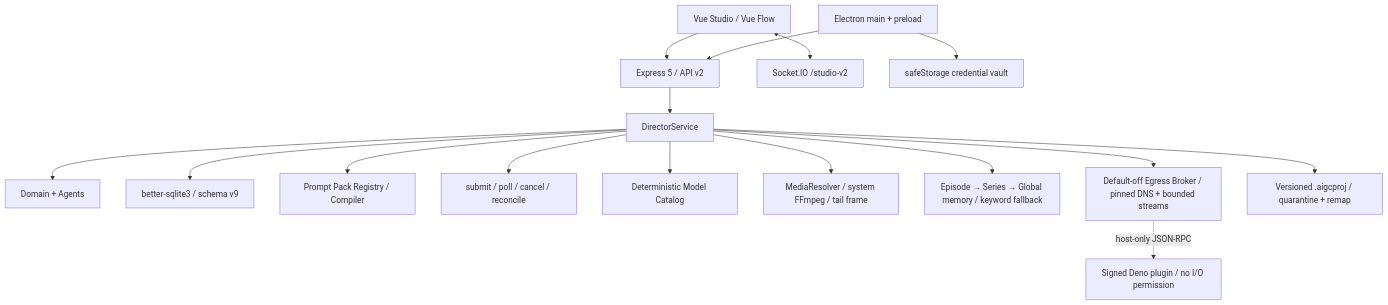
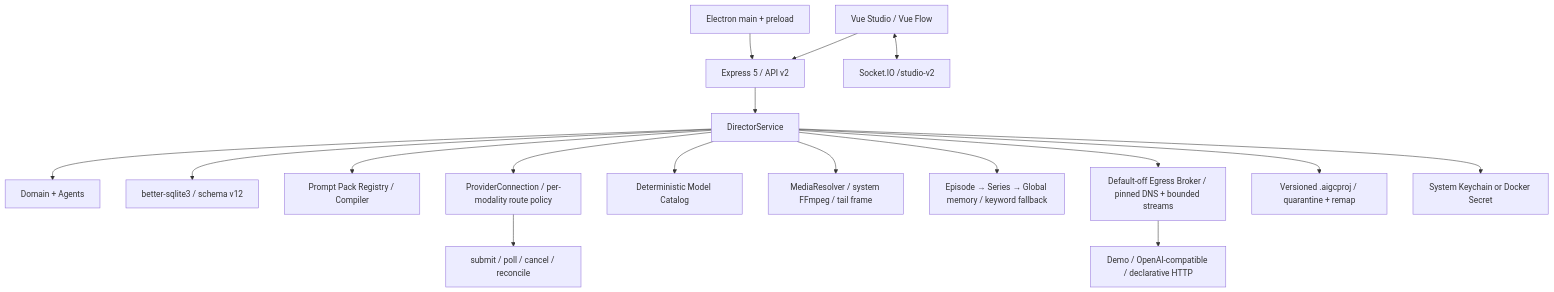
The diagram in docs/architecture-v2.md (728792899-create/aigc-video-platform), drawn with Mermaid before and after one commit. The commit also changed other lines of this file and 156 other files, not shown here.

````diff
--- a/docs/architecture-v2.md
+++ b/docs/architecture-v2.md
@@ -12,18 +12,19 @@
 ```mermaid
 flowchart TB
   UI["Vue Studio / Vue Flow"] --> API["Express 5 / API v2"]
   UI <--> RT["Socket.IO /studio-v2"]
   API --> DS["DirectorService"]
   DS --> D["Domain + Agents"]
-  DS --> DB["better-sqlite3 / schema v9"]
+  DS --> DB["better-sqlite3 / schema v12"]
   DS --> PP["Prompt Pack Registry / Compiler"]
-  DS --> PR["submit / poll / cancel / reconcile"]
+  DS --> PC["ProviderConnection / per-modality route policy"]
+  PC --> PR["submit / poll / cancel / reconcile"]
   DS --> MC["Deterministic Model Catalog"]
   DS --> M["MediaResolver / system FFmpeg / tail frame"]
   DS --> MEM["Episode → Series → Global memory / keyword fallback"]
   DS --> EG["Default-off Egress Broker / pinned DNS + bounded streams"]
-  EG -. "host-only JSON-RPC" .-> PL["Signed Deno plugin / no I/O permission"]
+  EG --> PV["Demo / OpenAI-compatible / declarative HTTP"]
   DS --> PKG["Versioned .aigcproj / quarantine + remap"]
   EL["Electron main + preload"] --> API
-  EL --> KV["safeStorage credential vault"]
+  DS --> KV["System Keychain or Docker Secret"]
 ```
````
